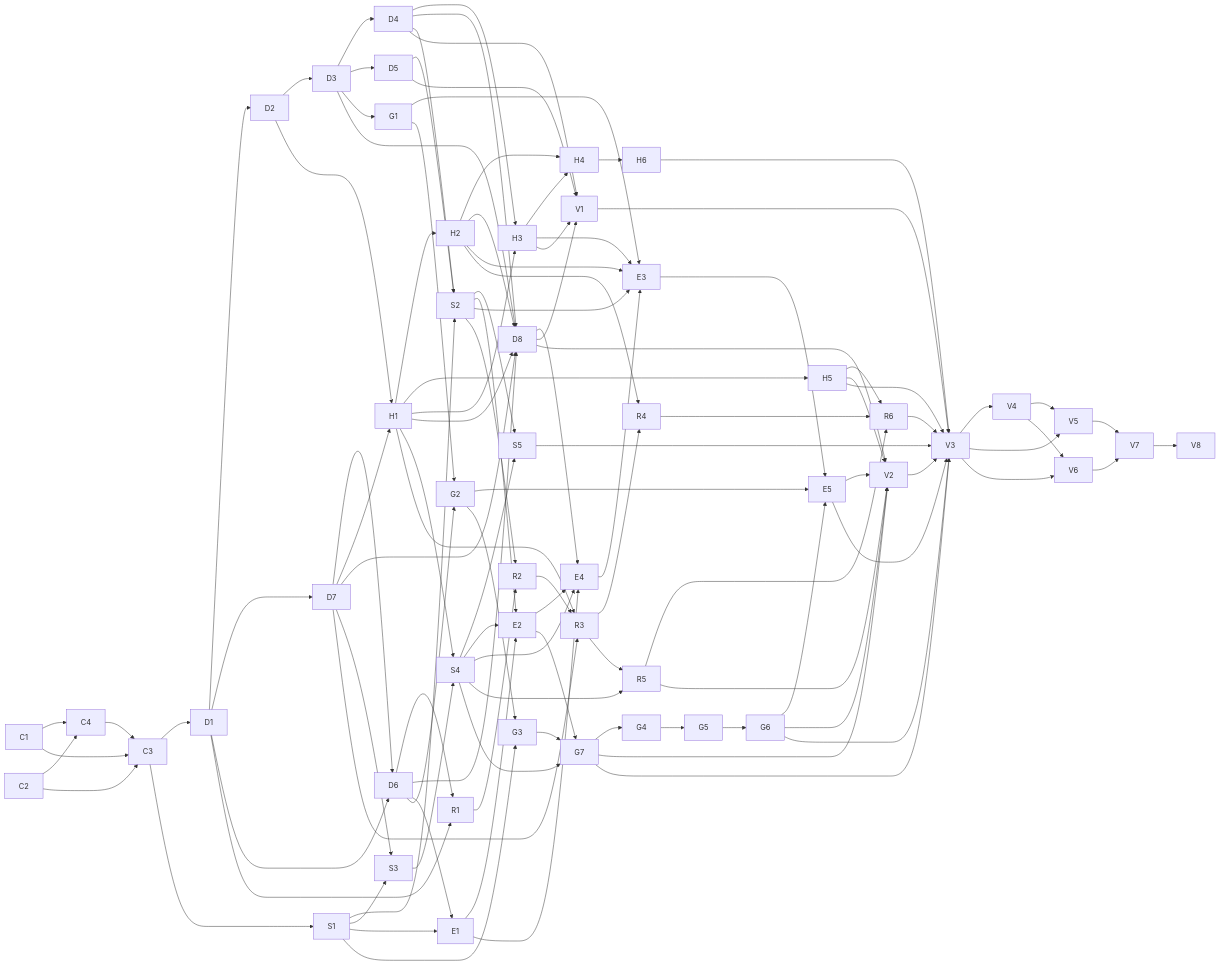
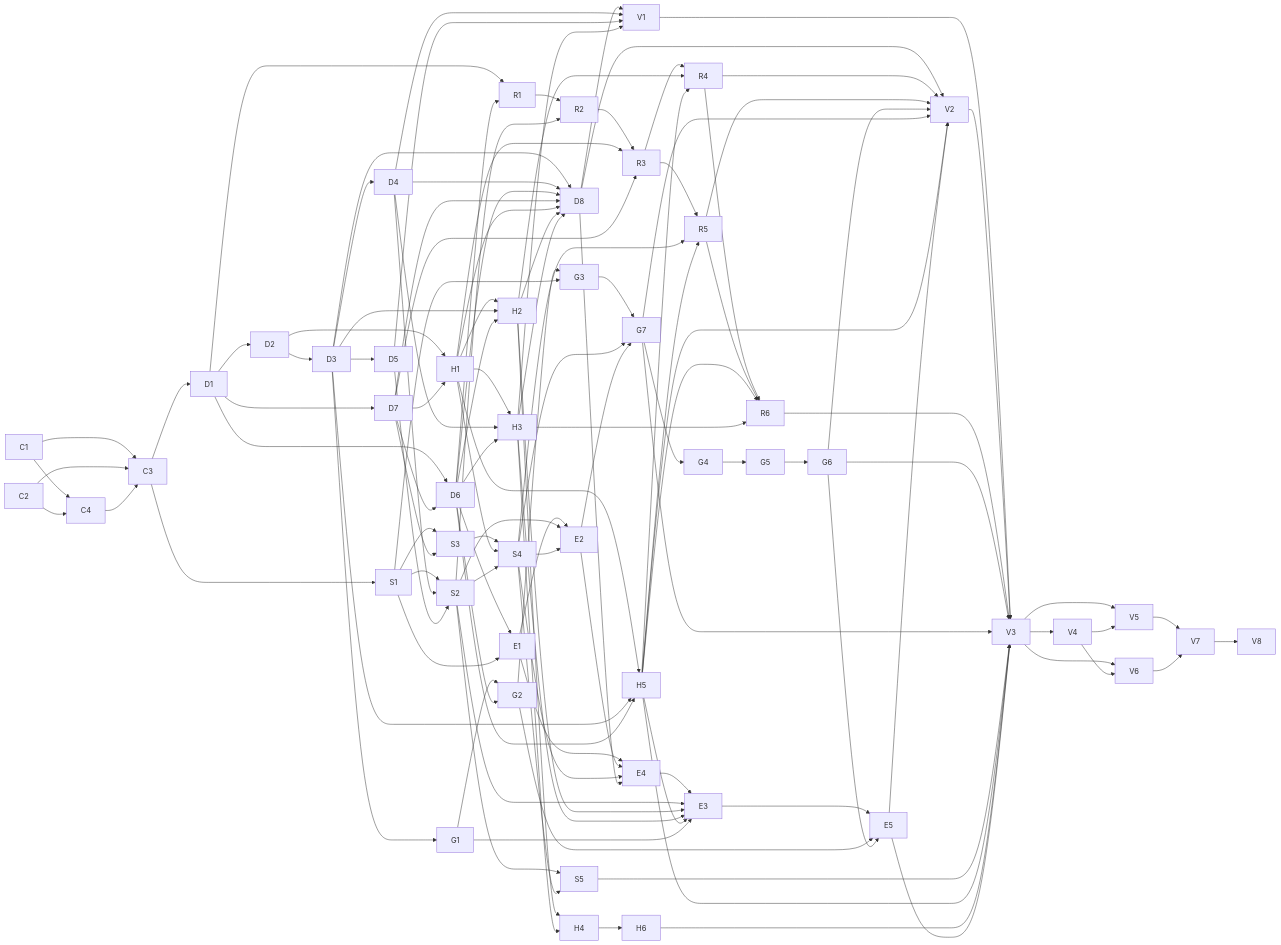
One commit to dikini/ash-lang changed the diagram in docs/design/macros/slice2-delivery-plan.md. Above: the diagram before and after it, drawn with Mermaid. The commit also changed other lines of this file and 30 other files, not shown here.

````diff
--- a/docs/design/macros/slice2-delivery-plan.md
+++ b/docs/design/macros/slice2-delivery-plan.md
@@ -476,44 +479,45 @@
 ```mermaid
 flowchart LR
     C1 & C2 --> C4
     C1 & C2 & C4 --> C3
     C3 --> D1 & S1
     D1 --> D2 & D7
     D1 & D7 --> D6
     D1 & D6 --> R1
     D2 --> D3
     D3 --> D4 & D5 & G1
     D2 & D7 --> H1
-    H1 --> H2 & H5
-    H1 & D4 --> H3
+    H1 & D3 & D6 --> H5
+    H1 & D3 & D6 --> H2
+    H1 & D4 & D6 --> H3
     H2 & H3 --> H4
     H4 --> H6
-    D3 & D4 & D6 & D7 & H1 & H2 --> D8
+    D3 & D4 & D6 & D7 & H1 & H2 & H3 --> D8
     S1 & D4 & D5 --> S2
     S1 & D7 --> S3
-    S3 & H1 --> S4
+    S3 & H1 & S2 --> S4
     S2 & S4 --> S5
     D6 & S1 --> E1
     E1 & S2 & S4 --> E2
     E1 & E2 & S4 & D8 --> E4
-    E4 & S2 & H2 & H3 & G1 --> E3
+    E4 & S2 & H2 & H3 & H5 & G1 --> E3
     E3 & G2 & G6 --> E5
     R1 & S2 --> R2
     R2 & H1 & D7 --> R3
-    R3 & H2 --> R4
-    R3 & S4 --> R5
-    R4 & R5 & H5 --> R6
+    R3 & H2 & H5 --> R4
+    R3 & S4 & H5 --> R5
+    R4 & R5 & H5 & H3 --> R6
     G1 & D6 --> G2
     G2 & S1 --> G3
     G3 & S4 & E2 --> G7
     G7 --> G4
     G4 --> G5
     G5 --> G6
     D8 & D4 & D5 & H3 --> V1
-    D8 & R5 & G6 & G7 & H5 & E5 --> V2
+    D8 & R4 & R5 & G6 & G7 & H5 & E5 --> V2
     V1 & V2 & R6 & G6 & G7 & S5 & H5 & H6 & E5 --> V3
     V3 --> V4
     V3 & V4 --> V5 & V6
     V5 & V6 --> V7
     V7 --> V8
 ```
````
